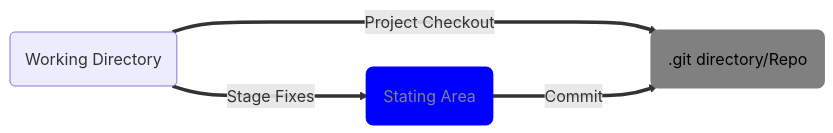
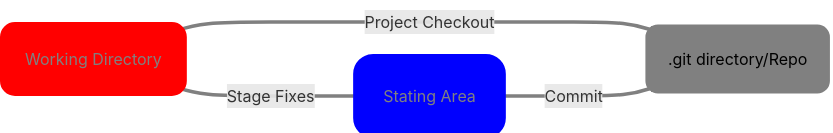
Before and after one commit to Imad-coding/scratch: the diagram in readme.md, drawn with Mermaid.

Commit message:
Other updates

````diff
--- a/readme.md
+++ b/readme.md
@@ -16,21 +16,21 @@
 ```mermaid
 flowchart LR
 %% Colors %%
-classDef blue fill:blue,stroke:blue,stroke-width:5px,color:grey
+classDef red fill:red,stroke:red,stroke-width:20px,color:grey
 
-classDef blue fill:blue,stroke:blue,stroke-width:5px,color:grey
+classDef blue fill:blue,stroke:blue,stroke-width:30px,color:grey
 
-classDef grey fill:grey,stroke:grey,stroke-width:5px,color:black
+classDef grey fill:grey,stroke:grey,stroke-width:15px,color:black
 
 %% link 0 %%
-WK(Working Directory)  ===> |Project Checkout|GD(.git directory/Repo):::blue
+WK(Working Directory):::red  ===> |Project Checkout|GD(.git directory/Repo)
 
 %% link 1 %% 
 WK ===> |Stage Fixes|SA(Stating Area):::blue
 
 %% link 2 %%
 SA ===> |Commit|GD:::grey
 
 %% Styling %%
-
+linkStyle 0,1,2 stroke:grey
 ``` 
````
